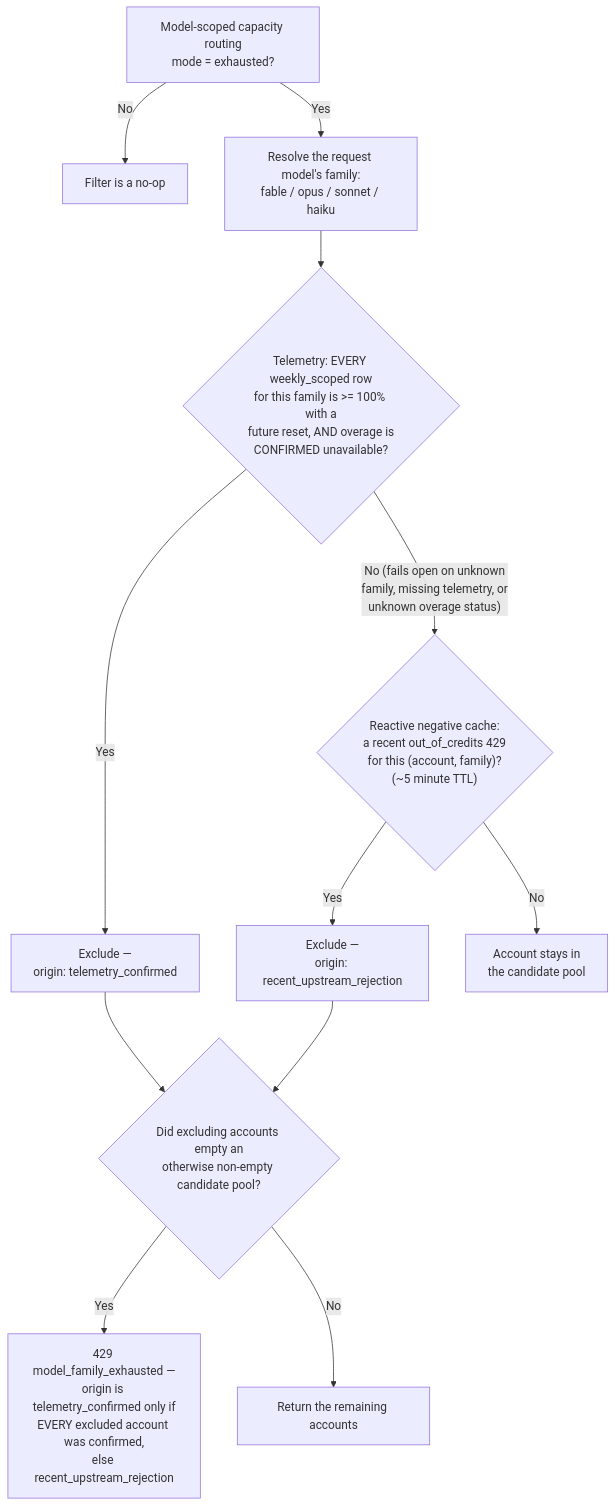
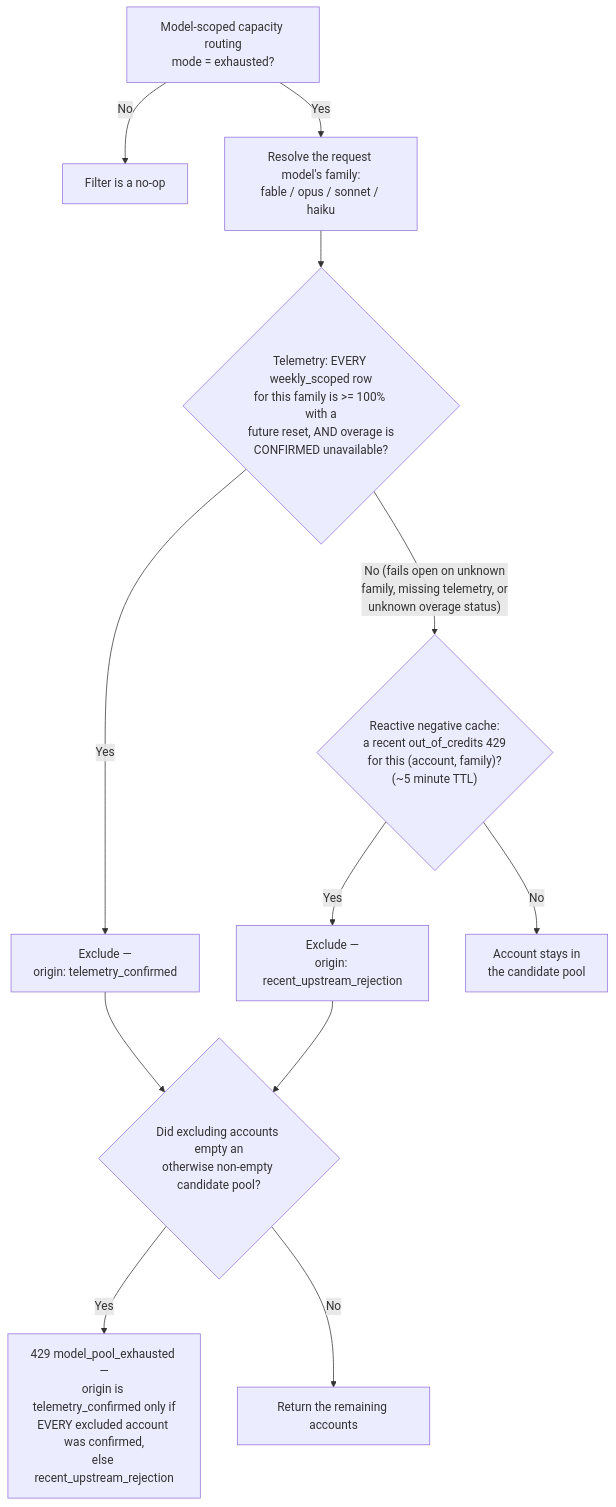
The sixth of 7 diagrams in docs/routing-architecture.md (StartupBros-com/better-ccflare), drawn with Mermaid before and after one commit. The commit also changed other lines of this file and 4 other files, not shown here.

````diff
--- a/docs/routing-architecture.md
+++ b/docs/routing-architecture.md
@@ -138,14 +138,14 @@
 ```mermaid
 flowchart TD
     A["Model-scoped capacity routing<br/>mode = exhausted?"] -->|"No"| B["Filter is a no-op"]
     A -->|"Yes"| C["Resolve the request model's family:<br/>fable / opus / sonnet / haiku"]
     C --> D{"Telemetry: EVERY weekly_scoped row<br/>for this family is >= 100% with a<br/>future reset, AND overage is<br/>CONFIRMED unavailable?"}
     D -->|"Yes"| E["Exclude —<br/>origin: telemetry_confirmed"]
     D -->|"No (fails open on unknown<br/>family, missing telemetry, or<br/>unknown overage status)"| F{"Reactive negative cache:<br/>a recent out_of_credits 429<br/>for this (account, family)?<br/>(~5 minute TTL)"}
     F -->|"Yes"| G["Exclude —<br/>origin: recent_upstream_rejection"]
     F -->|"No"| H["Account stays in<br/>the candidate pool"]
     E --> I{"Did excluding accounts empty an<br/>otherwise non-empty candidate pool?"}
     G --> I
-    I -->|"Yes"| J["429 model_family_exhausted —<br/>origin is telemetry_confirmed only if<br/>EVERY excluded account was confirmed,<br/>else recent_upstream_rejection"]
+    I -->|"Yes"| J["429 model_pool_exhausted —<br/>origin is telemetry_confirmed only if<br/>EVERY excluded account was confirmed,<br/>else recent_upstream_rejection"]
     I -->|"No"| K["Return the remaining accounts"]
 ```
````
